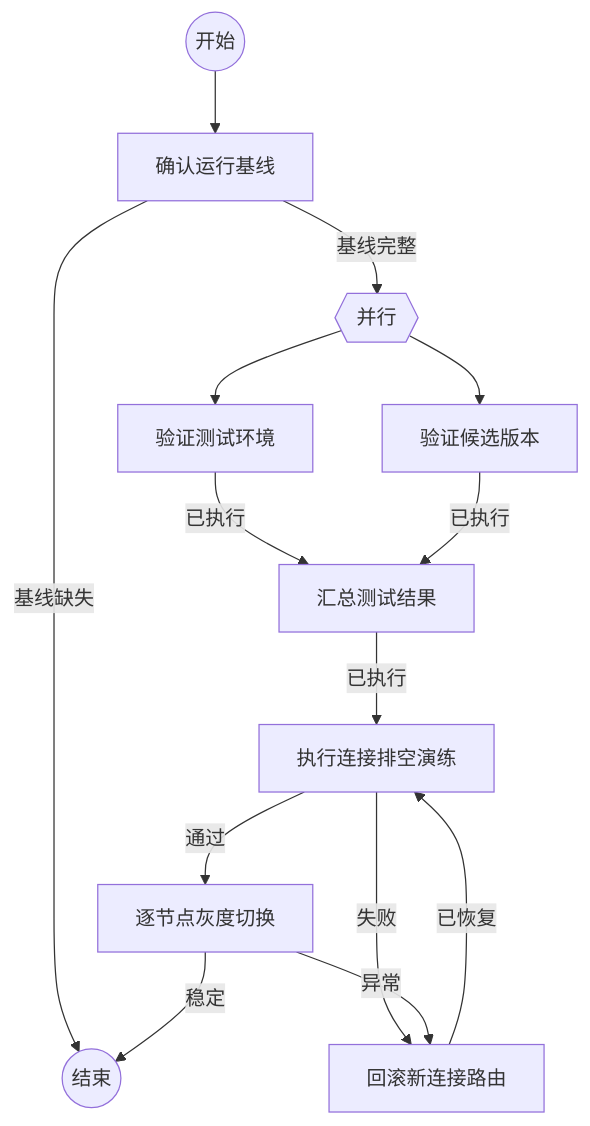
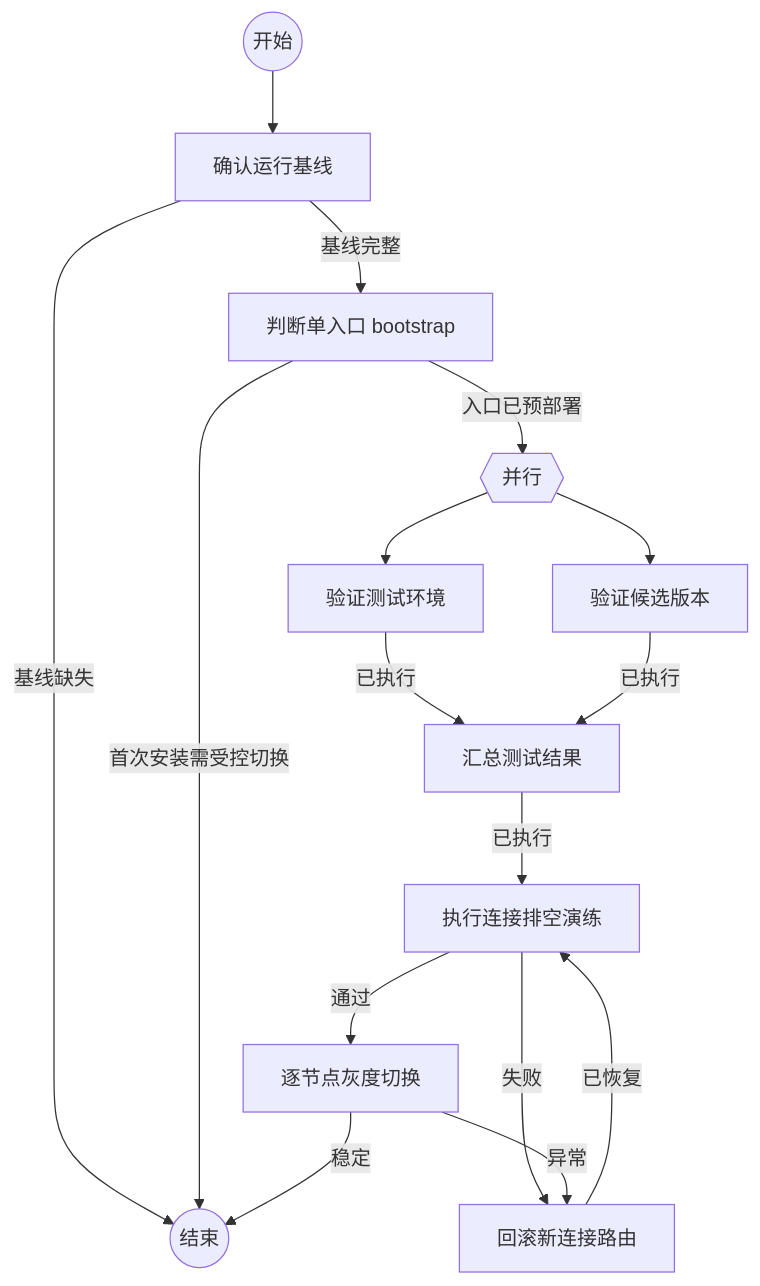
The diagram in .flows/remote-exec-zero-downtime-upgrade/FLOW.md (JhihJian/remote-exec), drawn with Mermaid before and after one commit. The commit also changed other lines of this file and 1 other file, not shown here.

````diff
--- a/.flows/remote-exec-zero-downtime-upgrade/FLOW.md
+++ b/.flows/remote-exec-zero-downtime-upgrade/FLOW.md
@@ -6,16 +6,18 @@
 ```mermaid
 flowchart TD
   start((开始)) --> baseline[确认运行基线]
-  baseline -->|基线完整| parallel{{并行}}
+  baseline -->|基线完整| bootstrap[判断单入口 bootstrap]
   baseline -->|基线缺失| finish((结束))
+  bootstrap -->|入口已预部署| parallel{{并行}}
+  bootstrap -->|首次安装需受控切换| finish
   parallel --> xiaomi[验证测试环境]
   parallel --> package[验证候选版本]
   xiaomi -->|已执行| merge[汇总测试结果]
   package -->|已执行| merge
   merge -->|已执行| drain[执行连接排空演练]
   drain -->|通过| canary[逐节点灰度切换]
   drain -->|失败| rollback[回滚新连接路由]
   rollback -->|已恢复| drain
   canary -->|稳定| finish
   canary -->|异常| rollback
 ```
````
